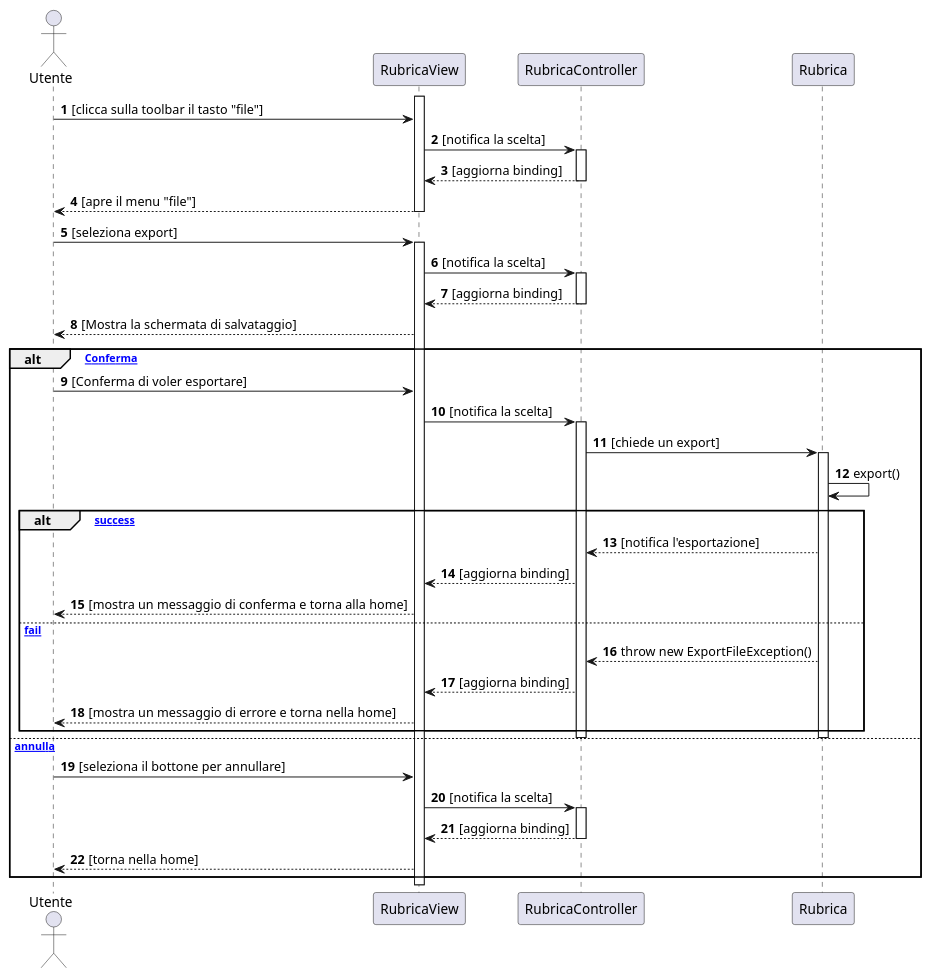
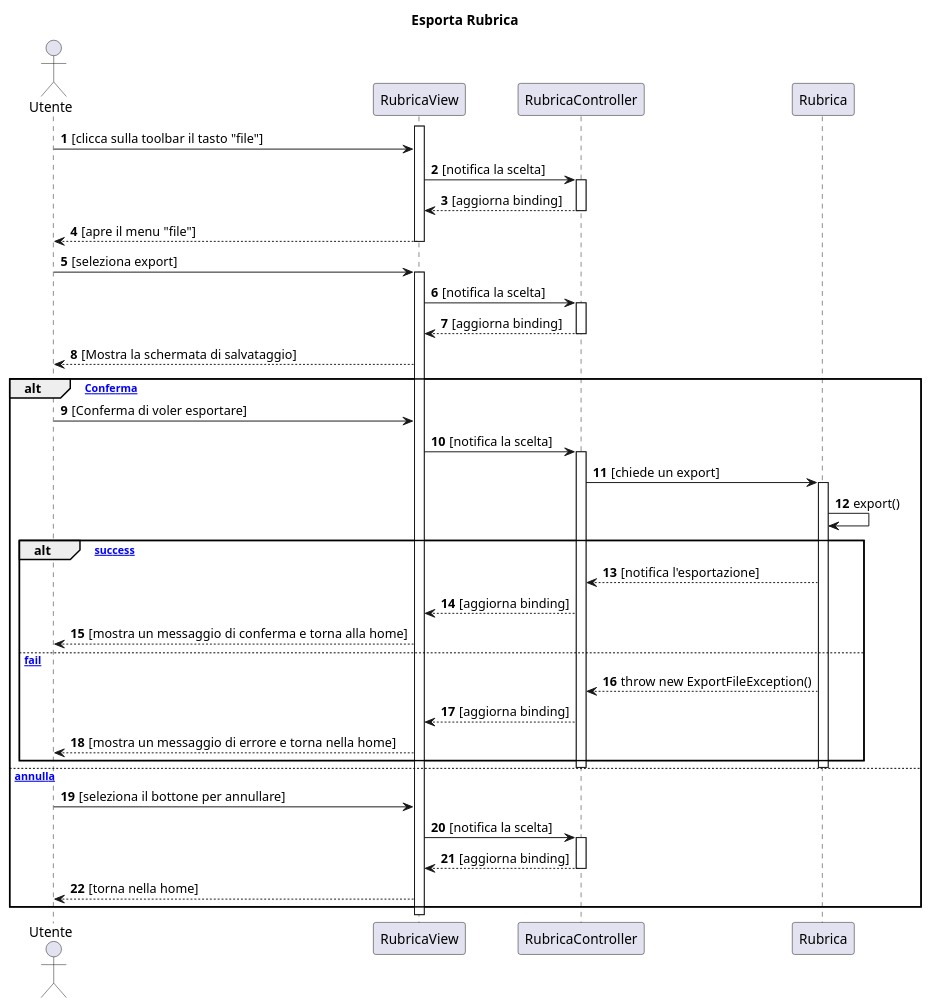
One commit to emanueletocci/uni-swe-project changed the diagram in docs/bozze/Diagrammi/Sequenza/ScenarioExport.puml. Above: the diagram before and after it, drawn with PlantUML. The commit also changed 9 other files, not shown here.

First line of the commit message:
Aggiornamento diagrammi di sequenza

```diff
--- a/docs/bozze/Diagrammi/Sequenza/ScenarioExport.puml
+++ b/docs/bozze/Diagrammi/Sequenza/ScenarioExport.puml
@@ -1,52 +1,53 @@
 @startuml
+title Esporta Rubrica
 autonumber
 actor Utente
 activate RubricaView
 participant RubricaView
 participant RubricaController
 participant Rubrica
 
 Utente->RubricaView:[clicca sulla toolbar il tasto "file"]
 RubricaView->RubricaController:[notifica la scelta]
 activate RubricaController
 RubricaController-->RubricaView:[aggiorna binding]
 deactivate RubricaController
 RubricaView-->Utente:[apre il menu "file"]
 deactivate RubricaView
 
 Utente->RubricaView:[seleziona export]
 activate RubricaView
 RubricaView->RubricaController:[notifica la scelta]
 activate RubricaController
 RubricaController -->RubricaView:[aggiorna binding]
 deactivate RubricaController
 RubricaView-->Utente:[Mostra la schermata di salvataggio]
 
 alt [Conferma]
     Utente->RubricaView:[Conferma di voler esportare]
     RubricaView->RubricaController:[notifica la scelta]
     activate RubricaController
     RubricaController->Rubrica:[chiede un export]
     activate Rubrica
     Rubrica->Rubrica:export()
     alt [export success]
         Rubrica-->RubricaController:[notifica l'esportazione]
         RubricaController-->RubricaView:[aggiorna binding]
         RubricaView-->Utente:[mostra un messaggio di conferma e torna alla home]
     else [export fail]
         Rubrica-->RubricaController:throw new ExportFileException()
         RubricaController-->RubricaView:[aggiorna binding]
         RubricaView-->Utente:[mostra un messaggio di errore e torna nella home]
     end
     deactivate Rubrica
     deactivate RubricaController
 else [annulla]
     Utente->RubricaView:[seleziona il bottone per annullare]
     RubricaView->RubricaController:[notifica la scelta]
     activate RubricaController
     RubricaController-->RubricaView:[aggiorna binding]
     deactivate RubricaController
     RubricaView-->Utente:[torna nella home]
 end
 
 @enduml
```
